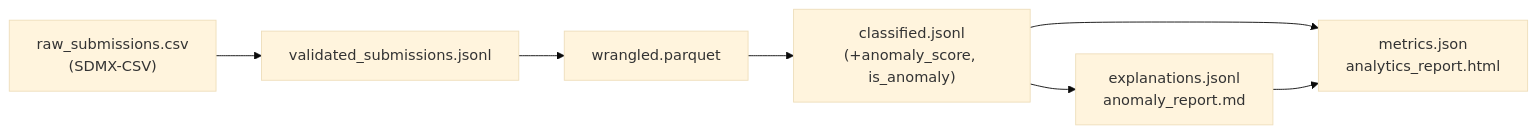
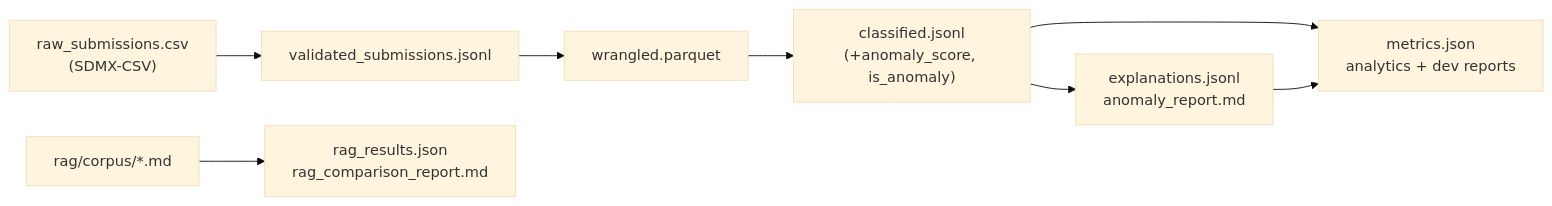
One commit to dvandra/suptech-xai-pipeline changed the diagram in docs/diagrams/dataflow.mmd. Above: the diagram before and after it, drawn with Mermaid (base theme). The commit also changed 7 other files, not shown here.

First line of the commit message:
docs: document Stage 6 RAG end-to-end across README and architecture

```diff
--- a/docs/diagrams/dataflow.mmd
+++ b/docs/diagrams/dataflow.mmd
@@ -1,7 +1,8 @@
 flowchart LR
     A["raw_submissions.csv<br/>(SDMX-CSV)"] --> B["validated_submissions.jsonl"]
     B --> C["wrangled.parquet"]
     C --> D["classified.jsonl<br/>(+anomaly_score, is_anomaly)"]
     D --> E["explanations.jsonl<br/>anomaly_report.md"]
-    D --> F["metrics.json<br/>analytics_report.html"]
+    D --> F["metrics.json<br/>analytics + dev reports"]
     E --> F
+    G["rag/corpus/*.md"] --> H["rag_results.json<br/>rag_comparison_report.md"]
```
